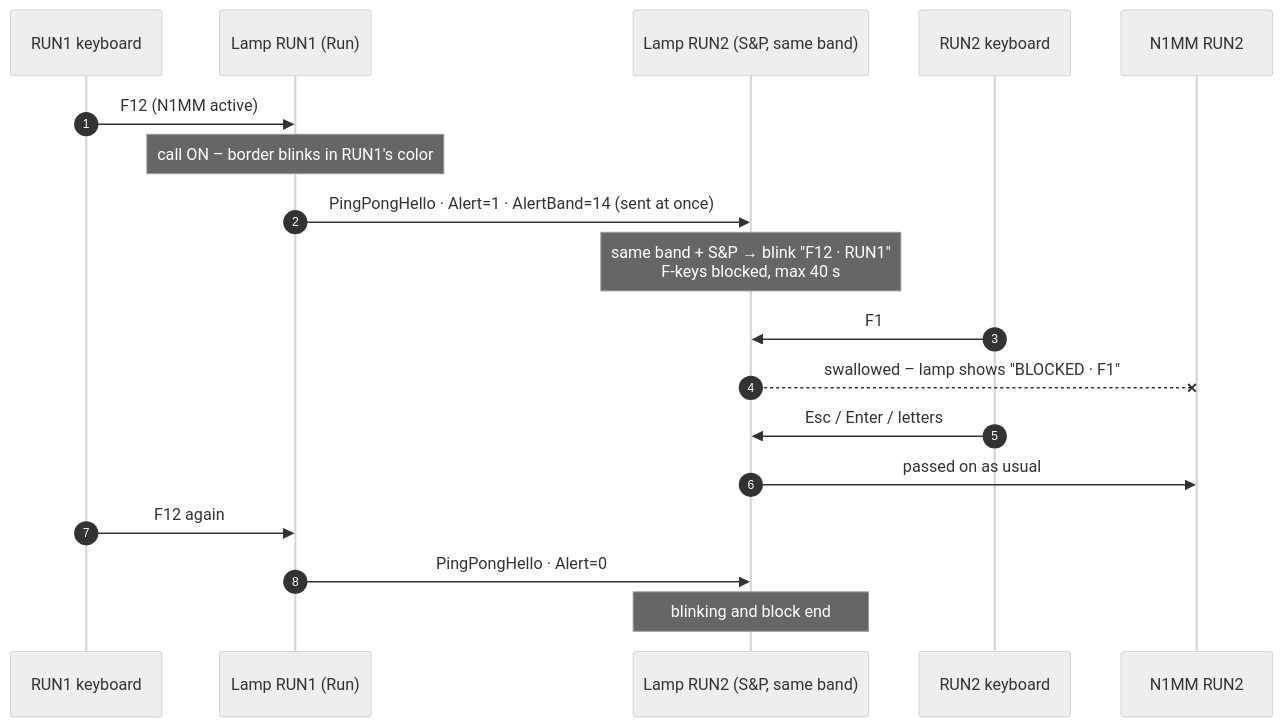
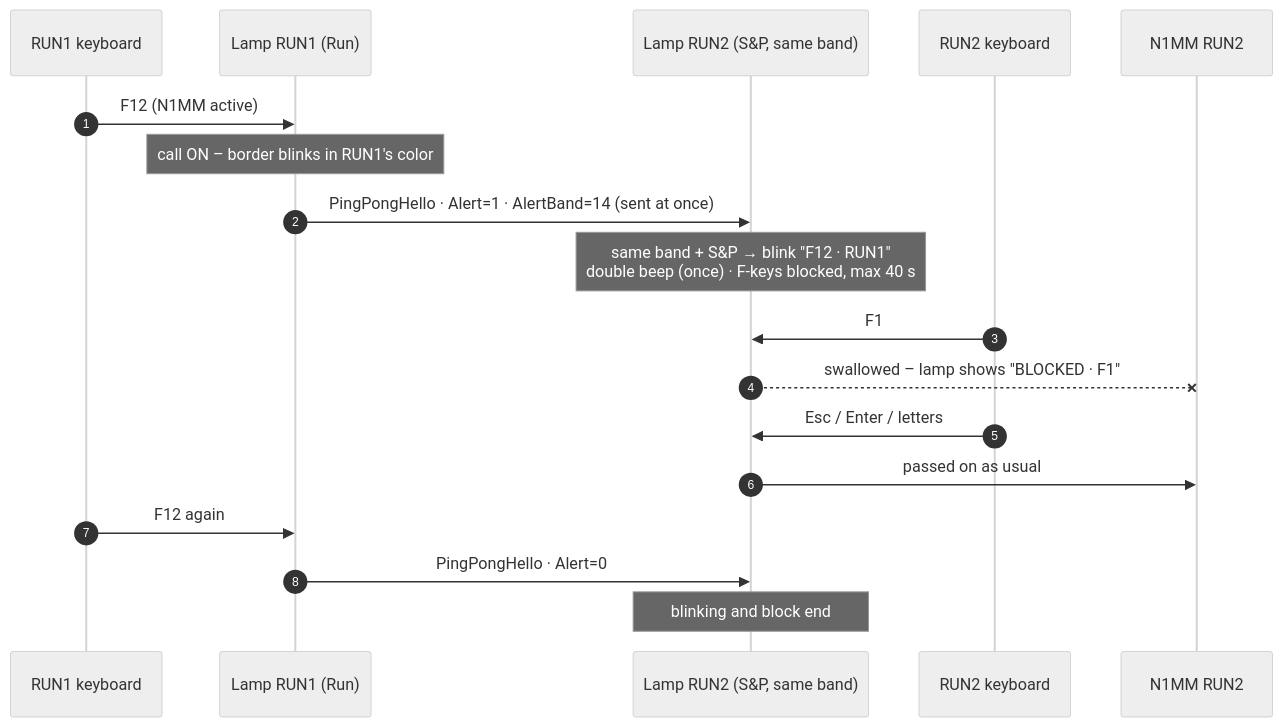
One commit to s55oo/N1MMPingPong changed the second of 5 diagrams in docs/COMMUNICATION.md. Above: the diagram before and after it, drawn with Mermaid (neutral theme). The commit also changed other lines of this file, not shown here.

````diff
--- a/docs/COMMUNICATION.md
+++ b/docs/COMMUNICATION.md
@@ -123,21 +123,21 @@
 ```mermaid
 sequenceDiagram
     autonumber
     participant K1 as RUN1 keyboard
     participant L1 as Lamp RUN1 (Run)
     participant L2 as Lamp RUN2 (S&P, same band)
     participant K2 as RUN2 keyboard
     participant N2 as N1MM RUN2
 
     K1->>L1: F12 (N1MM active)
     Note over L1: call ON – border blinks in RUN1's color
     L1->>L2: PingPongHello · Alert=1 · AlertBand=14 (sent at once)
-    Note over L2: same band + S&P → blink "F12 · RUN1"<br/>F-keys blocked, max 40 s
+    Note over L2: same band + S&P → blink "F12 · RUN1"<br/>double beep (once) · F-keys blocked, max 40 s
     K2->>L2: F1
     L2--xN2: swallowed – lamp shows "BLOCKED · F1"
     K2->>L2: Esc / Enter / letters
     L2->>N2: passed on as usual
     K1->>L1: F12 again
     L1->>L2: PingPongHello · Alert=0
     Note over L2: blinking and block end
 ```
````
